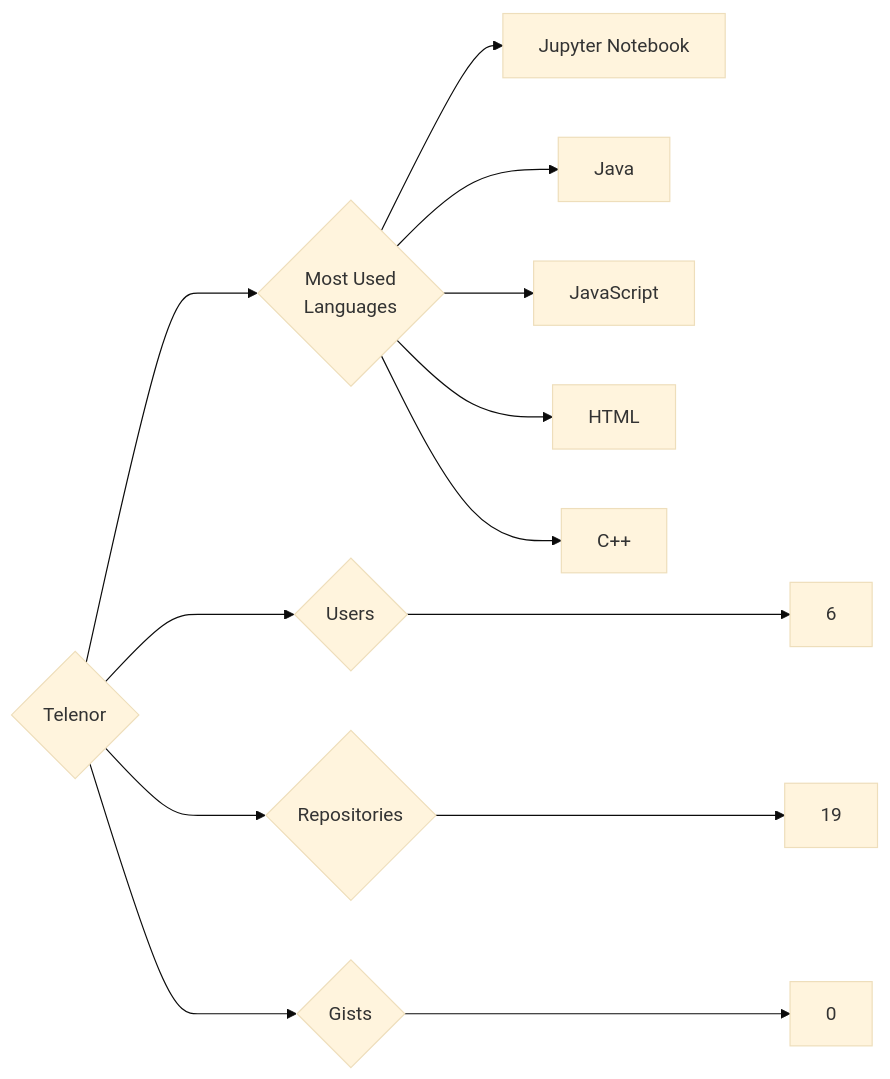
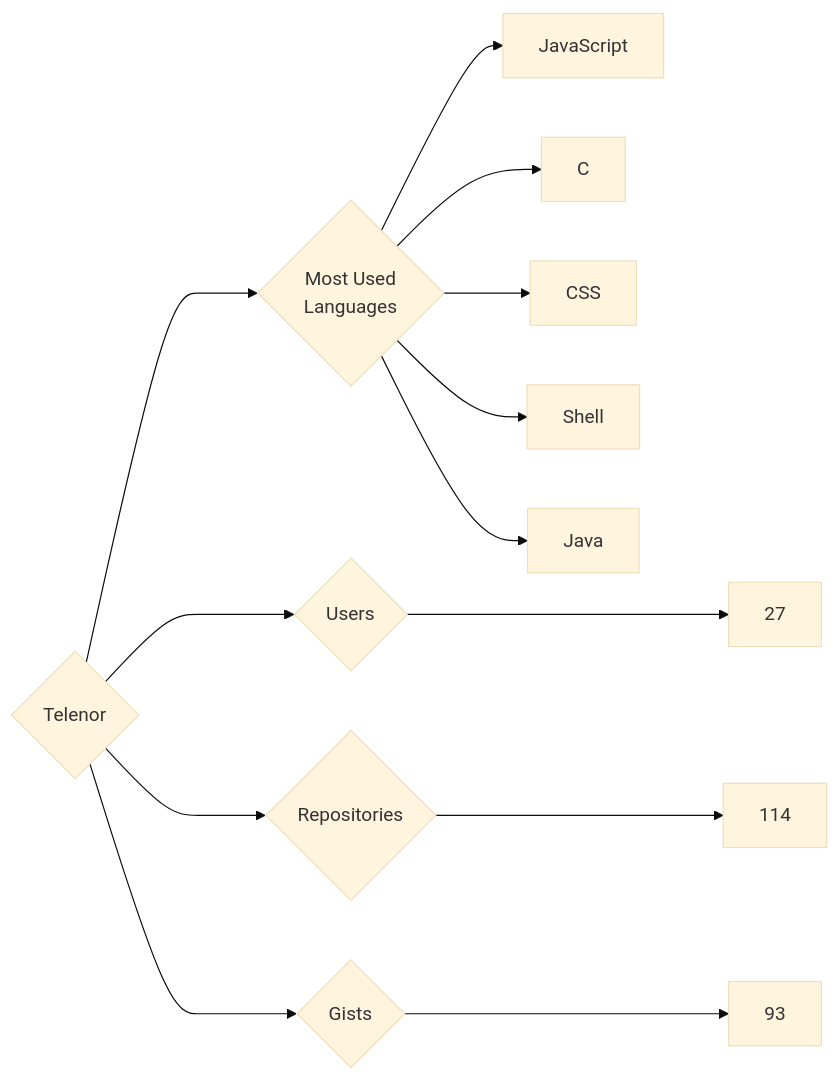
One commit to trickest/insiders changed the diagram in targets/Telenor/README.md. Above: the diagram before and after it, drawn with Mermaid (base theme). The commit also changed 1055 other files, not shown here.

````diff
--- a/targets/Telenor/README.md
+++ b/targets/Telenor/README.md
@@ -3,13 +3,13 @@
 ```mermaid
 graph LR
 COMPANY_NAME{Telenor}
-COMPANY_NAME ---> U{Users} ---> UN[6]
-COMPANY_NAME ---> R{Repositories} ---> RN[19]
-COMPANY_NAME ---> G{Gists} ---> GN[0]
+COMPANY_NAME ---> U{Users} ---> UN[27]
+COMPANY_NAME ---> R{Repositories} ---> RN[114]
+COMPANY_NAME ---> G{Gists} ---> GN[93]
 COMPANY_NAME ---> ML{Most Used<br>Languages}
-ML --> Jupyter_Notebook[Jupyter Notebook]
+ML --> JavaScript[JavaScript]
+ML --> C[C]
+ML --> CSS[CSS]
+ML --> Shell[Shell]
 ML --> Java[Java]
-ML --> JavaScript[JavaScript]
-ML --> HTML[HTML]
-ML --> C++[C++]
 ```
````
